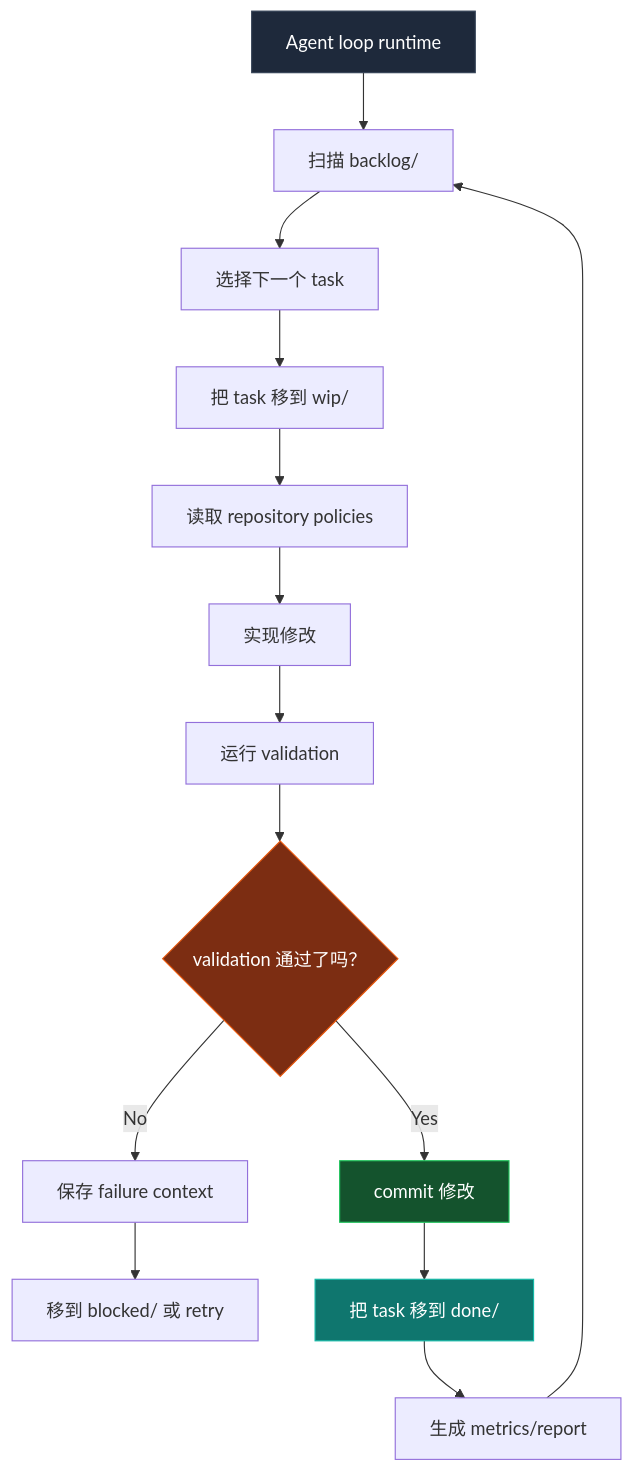
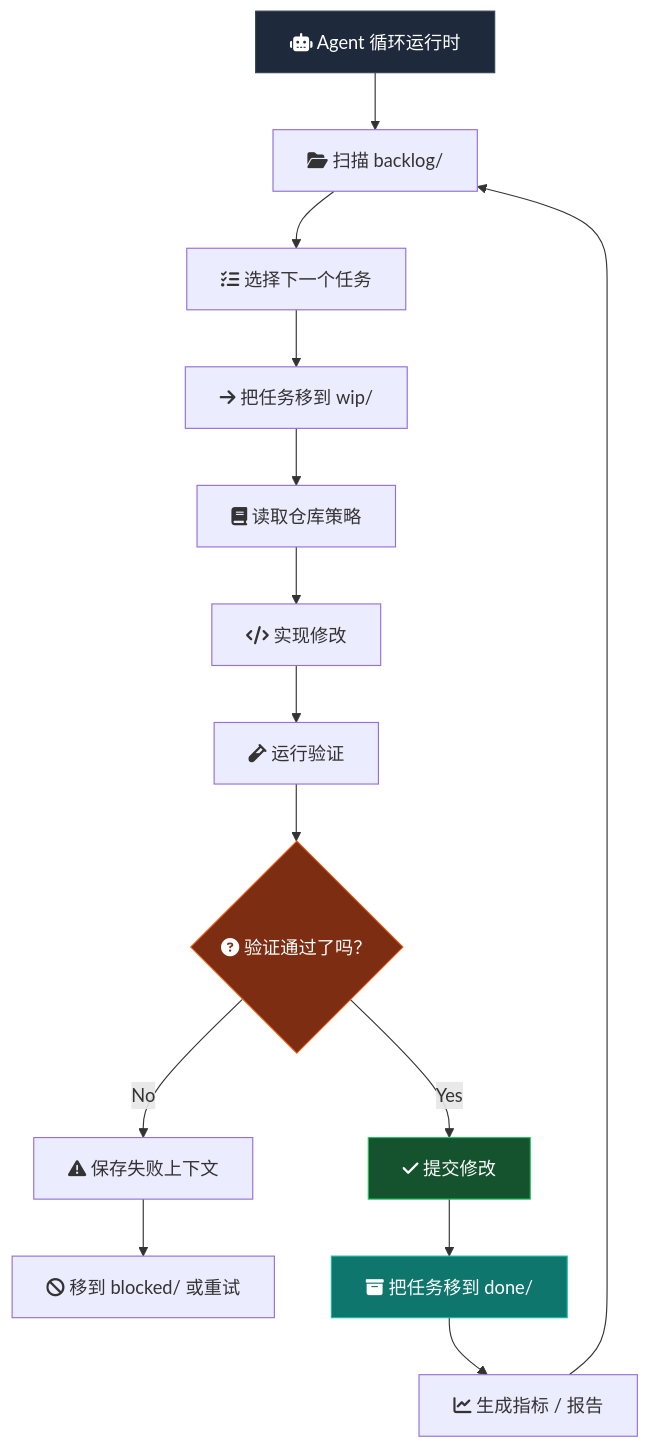
The first of 5 diagrams in content/zh-cn/ideas/agent-loops.mdx (nelson-o/nelson-o.github.io), drawn with Mermaid before and after one commit. The commit also changed other lines of this file and 3 other files, not shown here.

````diff
--- a/content/zh-cn/ideas/agent-loops.mdx
+++ b/content/zh-cn/ideas/agent-loops.mdx
@@ -55,21 +55,21 @@
 ```mermaid
 flowchart TD
-  A["Agent loop runtime"] --> B["扫描 backlog/"]
-  B --> C["选择下一个 task"]
-  C --> D["把 task 移到 wip/"]
-  D --> E["读取 repository policies"]
-  E --> F["实现修改"]
-  F --> G["运行 validation"]
-  G --> H{"validation 通过了吗？"}
-  H -- "No" --> I["保存 failure context"]
-  I --> J["移到 blocked/ 或 retry"]
-  H -- "Yes" --> K["commit 修改"]
-  K --> L["把 task 移到 done/"]
-  L --> M["生成 metrics/report"]
+  A["fa:fa-robot Agent 循环运行时"] --> B["fa:fa-folder-open 扫描 backlog/"]
+  B --> C["fa:fa-list-check 选择下一个任务"]
+  C --> D["fa:fa-arrow-right 把任务移到 wip/"]
+  D --> E["fa:fa-book 读取仓库策略"]
+  E --> F["fa:fa-code 实现修改"]
+  F --> G["fa:fa-vial 运行验证"]
+  G --> H{"fa:fa-circle-question 验证通过了吗？"}
+  H -- "No" --> I["fa:fa-triangle-exclamation 保存失败上下文"]
+  I --> J["fa:fa-ban 移到 blocked/ 或重试"]
+  H -- "Yes" --> K["fa:fa-check 提交修改"]
+  K --> L["fa:fa-box-archive 把任务移到 done/"]
+  L --> M["fa:fa-chart-line 生成指标 / 报告"]
   M --> B
 
   style A fill:#1e293b,color:#fff,stroke:#334155
   style H fill:#7c2d12,color:#fff,stroke:#ea580c
   style K fill:#14532d,color:#fff,stroke:#22c55e
   style L fill:#0f766e,color:#fff,stroke:#14b8a6
 ```
````
